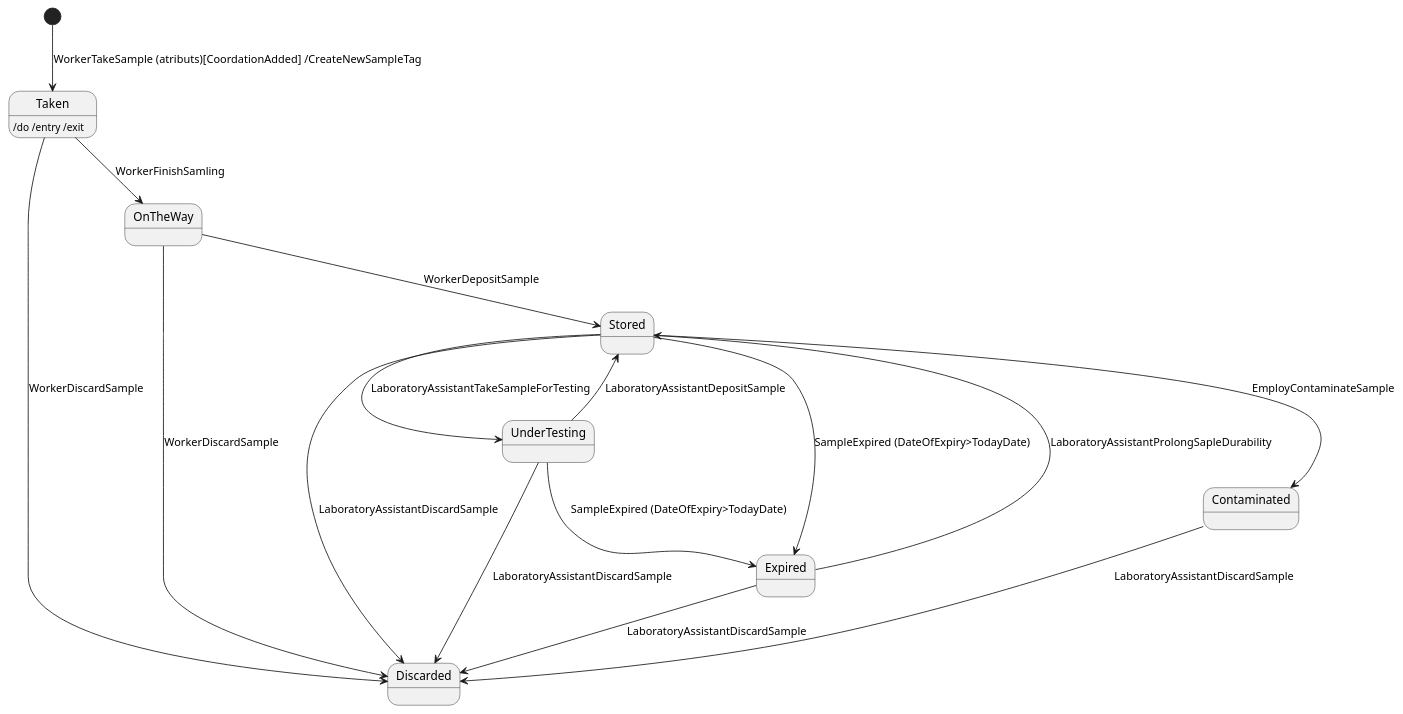
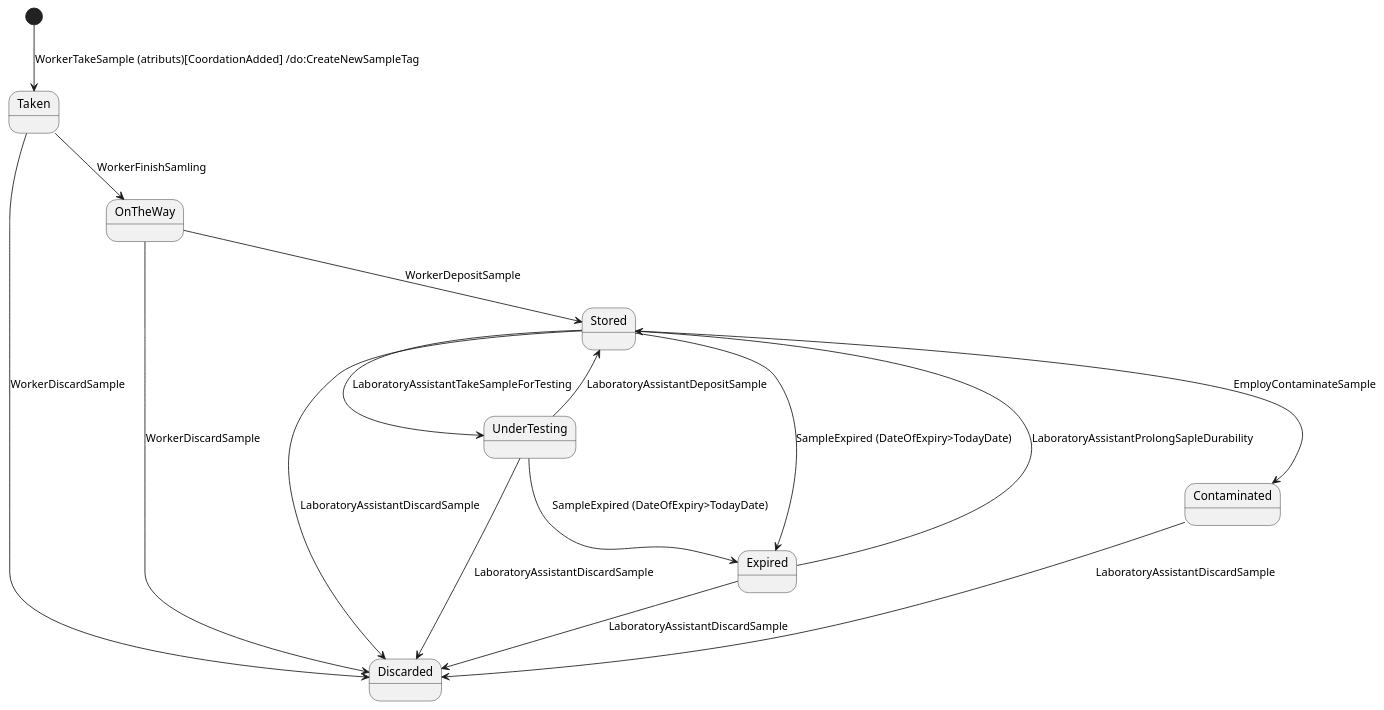
The third of 6 diagrams in FirstSemester/UMLproject.md (Bezobsahu/MyMasterDegree), drawn with PlantUML before and after one commit. The commit also changed other lines of this file and 125 other files, not shown here.

````diff
--- a/FirstSemester/UMLproject.md
+++ b/FirstSemester/UMLproject.md
@@ -120,28 +168,28 @@
 ```PlantUml
-
-State Taken :/do /entry /exit
+        
+State Taken 
 State OnTheWay
 State Stored
 State UnderTesting
 State Expired
 State Contaminated
 State Discarded
 
-[*] --> Taken : WorkerTakeSample (atributs)[CoordationAdded] /CreateNewSampleTag
+[*] --> Taken : WorkerTakeSample (atributs)[CoordationAdded] /do:CreateNewSampleTag
 Taken       -->     OnTheWay : WorkerFinishSamling
 Taken       -->     Discarded : WorkerDiscardSample
 OnTheWay    -->      Discarded : WorkerDiscardSample
 OnTheWay    -->     Stored : WorkerDepositSample
 Stored      -->     UnderTesting :LaboratoryAssistantTakeSampleForTesting
 UnderTesting      -->     Discarded :LaboratoryAssistantDiscardSample
 UnderTesting  --> Stored :LaboratoryAssistantDepositSample
 UnderTesting  --> Expired : SampleExpired (DateOfExpiry>TodayDate)
 Stored  --> Discarded :LaboratoryAssistantDiscardSample
 Expired --> Discarded :LaboratoryAssistantDiscardSample
 Stored  --> Expired : SampleExpired (DateOfExpiry>TodayDate)
 Stored  --> Contaminated :EmployContaminateSample
 Contaminated --> Discarded :LaboratoryAssistantDiscardSample
 Expired --> Stored :LaboratoryAssistantProlongSapleDurability
 
 
 ```
````
